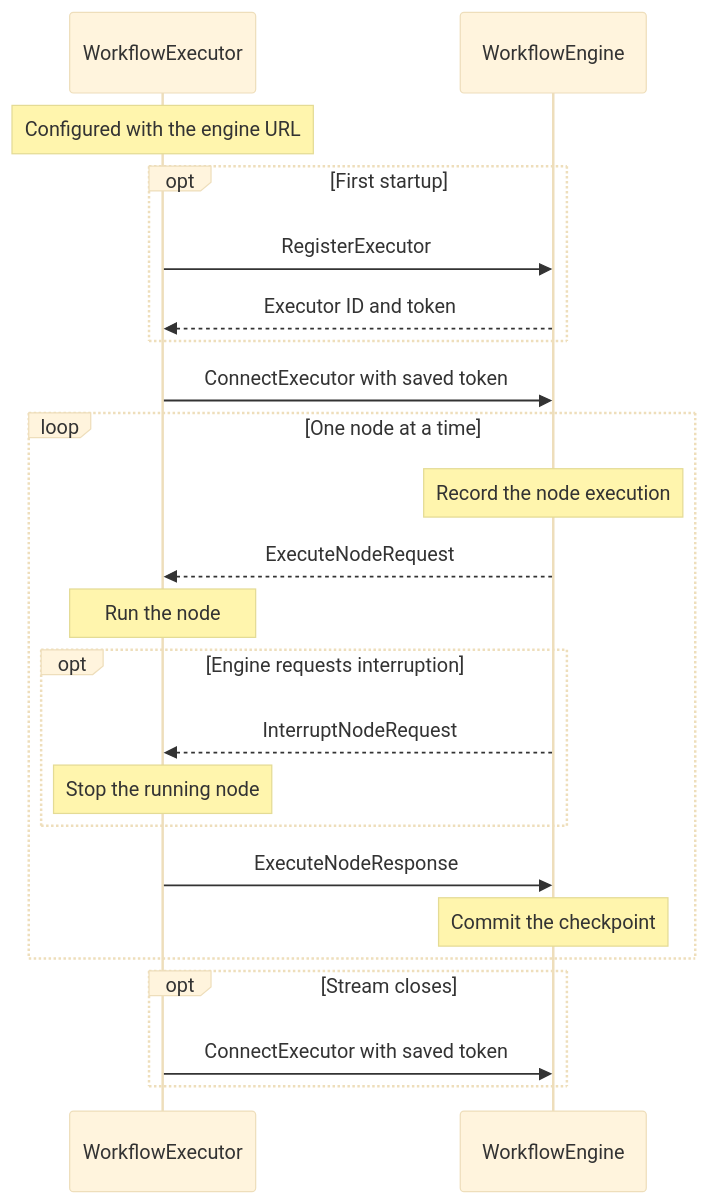
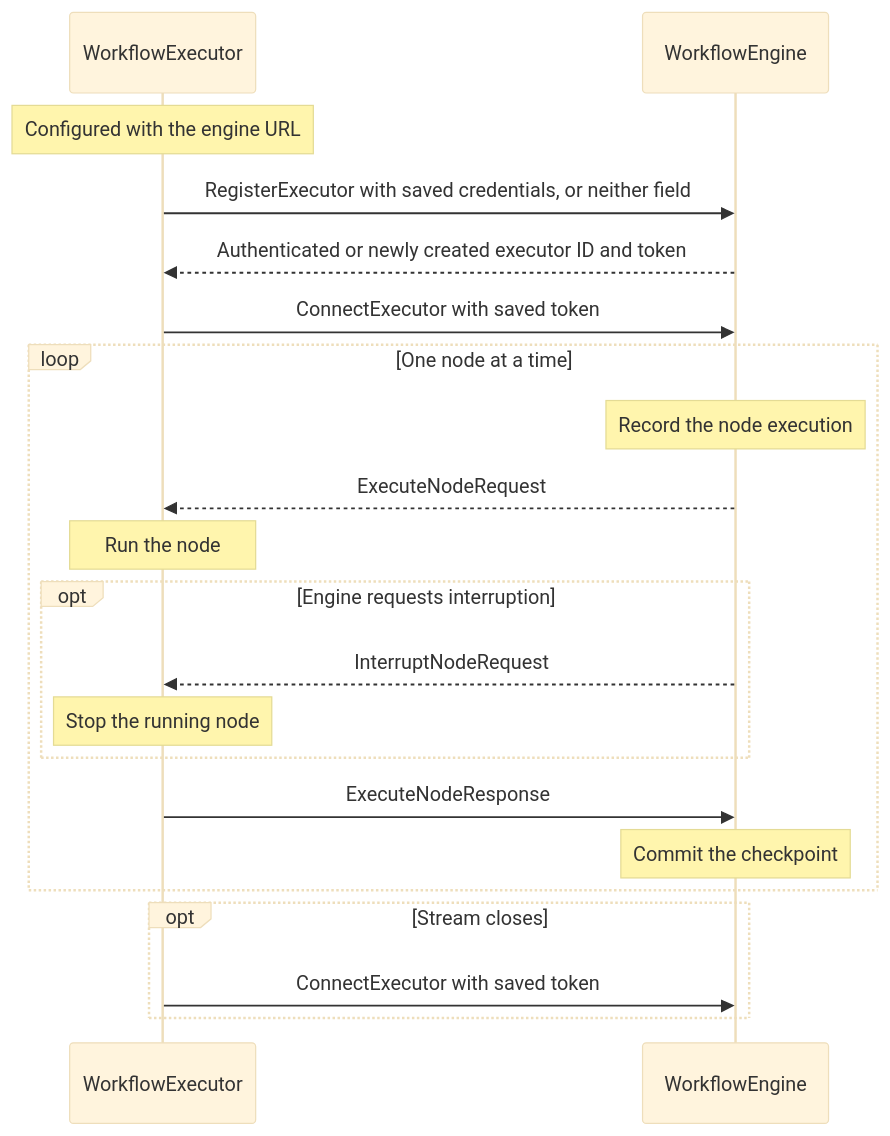
The diagram in docs/EXECUTION.md (tsealex/workflow), drawn with Mermaid (base theme) before and after one commit. The commit also changed other lines of this file and 11 other files, not shown here.

````diff
--- a/docs/EXECUTION.md
+++ b/docs/EXECUTION.md
@@ -31,25 +31,23 @@
 ```mermaid
 sequenceDiagram
     participant X as WorkflowExecutor
     participant E as WorkflowEngine
     Note over X: Configured with the engine URL
-    opt First startup
-        X->>E: RegisterExecutor
-        E-->>X: Executor ID and token
-    end
+    X->>E: RegisterExecutor with saved credentials, or neither field
+    E-->>X: Authenticated or newly created executor ID and token
     X->>E: ConnectExecutor with saved token
     loop One node at a time
         Note over E: Record the node execution
         E-->>X: ExecuteNodeRequest
         Note over X: Run the node
         opt Engine requests interruption
             E-->>X: InterruptNodeRequest
             Note over X: Stop the running node
         end
         X->>E: ExecuteNodeResponse
         Note over E: Commit the checkpoint
     end
     opt Stream closes
         X->>E: ConnectExecutor with saved token
     end
 ```
````
